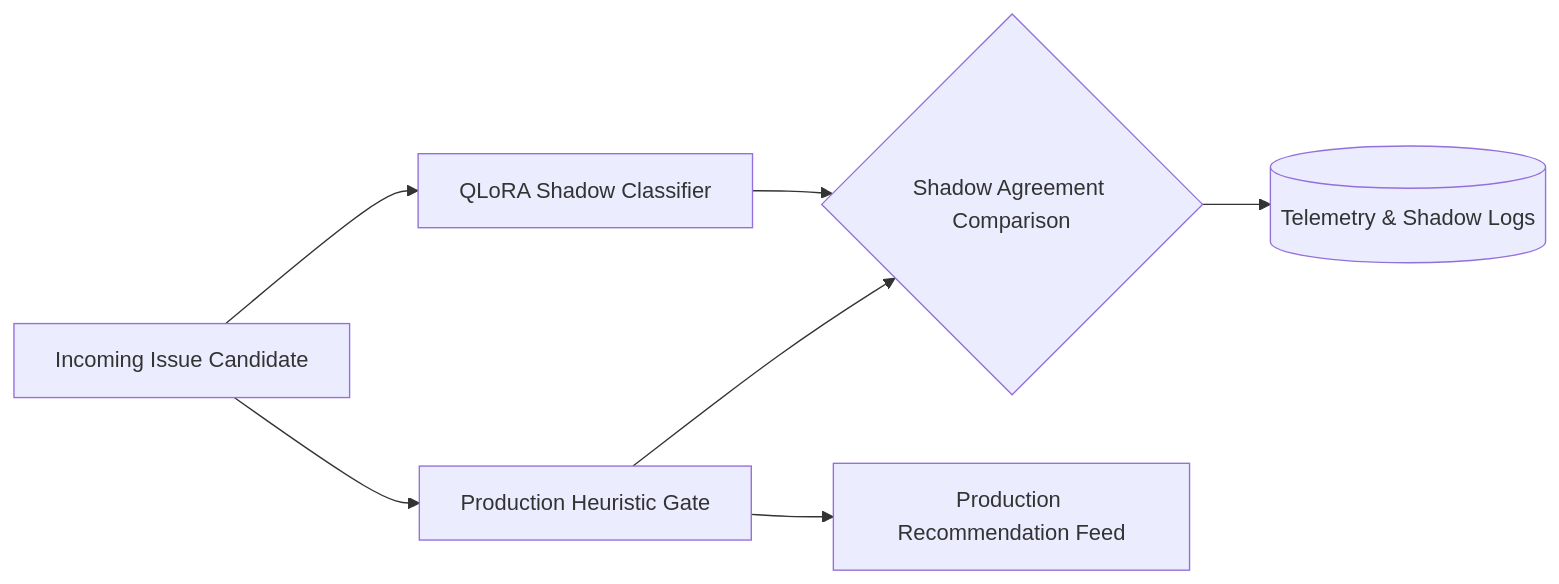
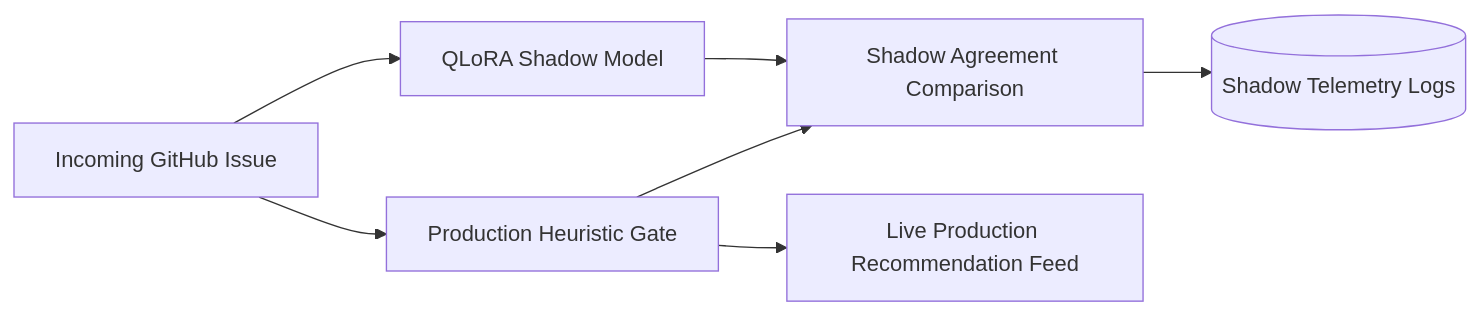
Before and after one commit to sriharizz/gitnova: the third of 4 diagrams in README.md, drawn with Mermaid. The commit also changed other lines of this file, not shown here.

Commit message:
docs: polish interview-ready README with horizontal architecture flows, clean metrics, and QLoRA offline/roadmap details

````diff
--- a/README.md
+++ b/README.md
@@ -162,9 +133,9 @@
 ```mermaid
 flowchart LR
-    Issue[Incoming Issue Candidate] --> ProdDecision[Production Heuristic Gate]
-    Issue --> ShadowModel[QLoRA Shadow Classifier]
-    ProdDecision --> Comparison{Shadow Agreement Comparison}
-    ShadowModel --> Comparison
-    Comparison --> Log[(Telemetry & Shadow Logs)]
-    ProdDecision --> LiveFeed[Production Recommendation Feed]
+    Issue[Incoming GitHub Issue] --> ProdGate[Production Heuristic Gate]
+    Issue --> ShadowQLoRA[QLoRA Shadow Model]
+    ProdGate --> Comp[Shadow Agreement Comparison]
+    ShadowQLoRA --> Comp
+    Comp --> Telemetry[(Shadow Telemetry Logs)]
+    ProdGate --> LiveFeed[Live Production Recommendation Feed]
 ```
````
